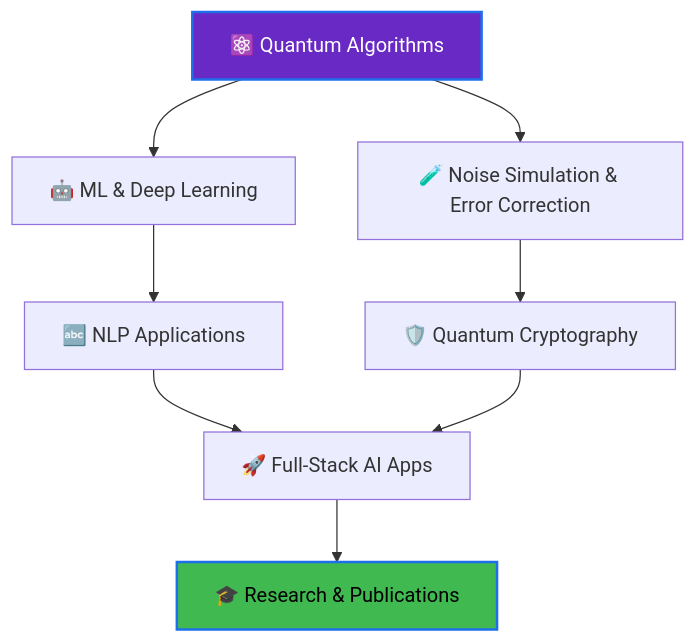
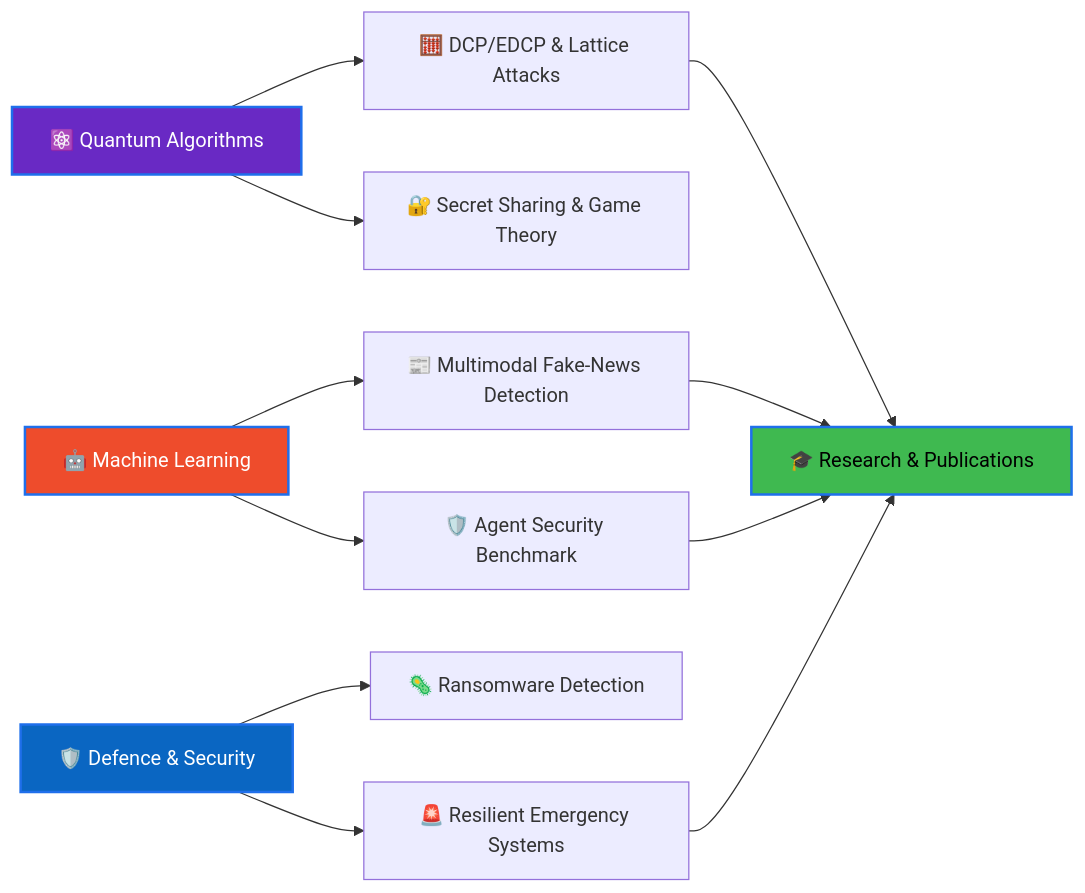
One commit to vishalacharya09/vishalacharya09 changed the diagram in README.md. Above: the diagram before and after it, drawn with Mermaid. The commit also changed other lines of this file, not shown here.

````diff
--- a/README.md
+++ b/README.md
@@ -211,13 +282,18 @@
 ```mermaid
-graph TB
-    A[⚛️ Quantum Algorithms] --> B[🧪 Noise Simulation & Error Correction]
-    A --> C[🤖 ML & Deep Learning]
-    C --> D[🔤 NLP Applications]
-    B --> E[🛡️ Quantum Cryptography]
-    D --> F[🚀 Full-Stack AI Apps]
-    E --> F
-    F --> G[🎓 Research & Publications]
+graph LR
+    A[⚛️ Quantum Algorithms] --> B[🧮 DCP/EDCP & Lattice Attacks]
+    A --> C[🔐 Secret Sharing & Game Theory]
+    D[🤖 Machine Learning] --> E[📰 Multimodal Fake-News Detection]
+    D --> F[🛡️ Agent Security Benchmark]
+    G[🛡️ Defence & Security] --> H[🦠 Ransomware Detection]
+    G --> I[🚨 Resilient Emergency Systems]
+    B --> J[🎓 Research & Publications]
+    E --> J
+    F --> J
+    I --> J
 
     style A fill:#6929C4,stroke:#1f6feb,stroke-width:2px,color:#fff
-    style G fill:#3fb950,stroke:#1f6feb,stroke-width:2px,color:#000
+    style D fill:#EE4C2C,stroke:#1f6feb,stroke-width:2px,color:#fff
+    style G fill:#0A66C2,stroke:#1f6feb,stroke-width:2px,color:#fff
+    style J fill:#3fb950,stroke:#1f6feb,stroke-width:2px,color:#000
 ```
````
